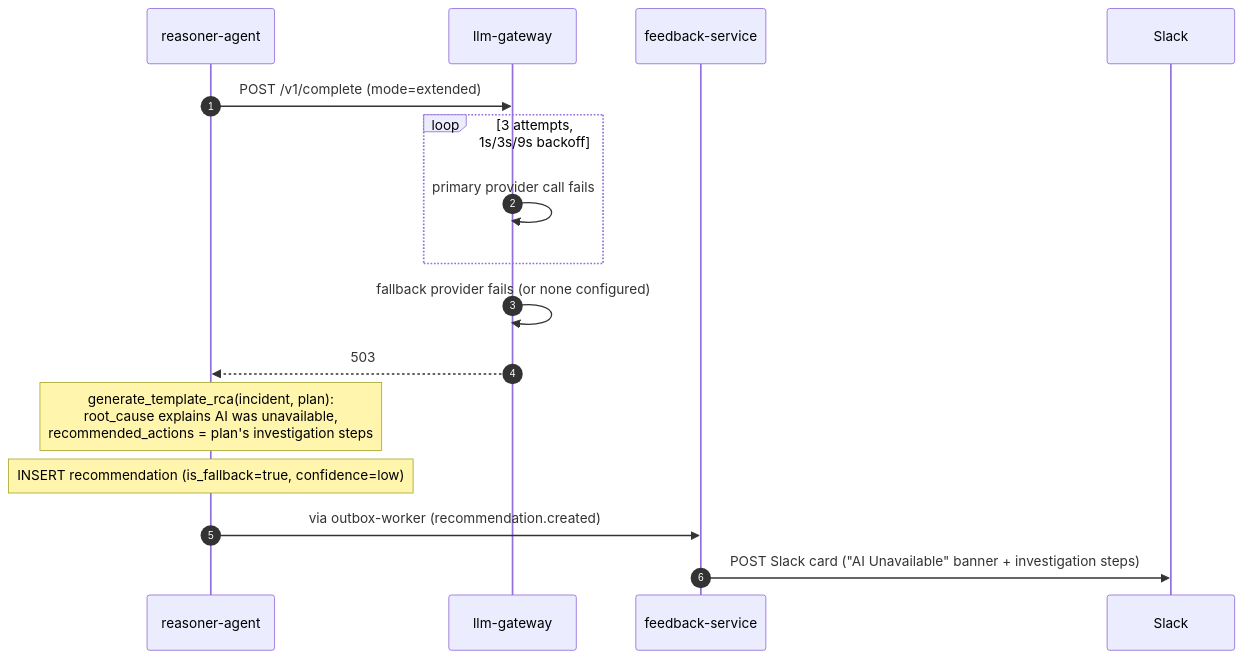
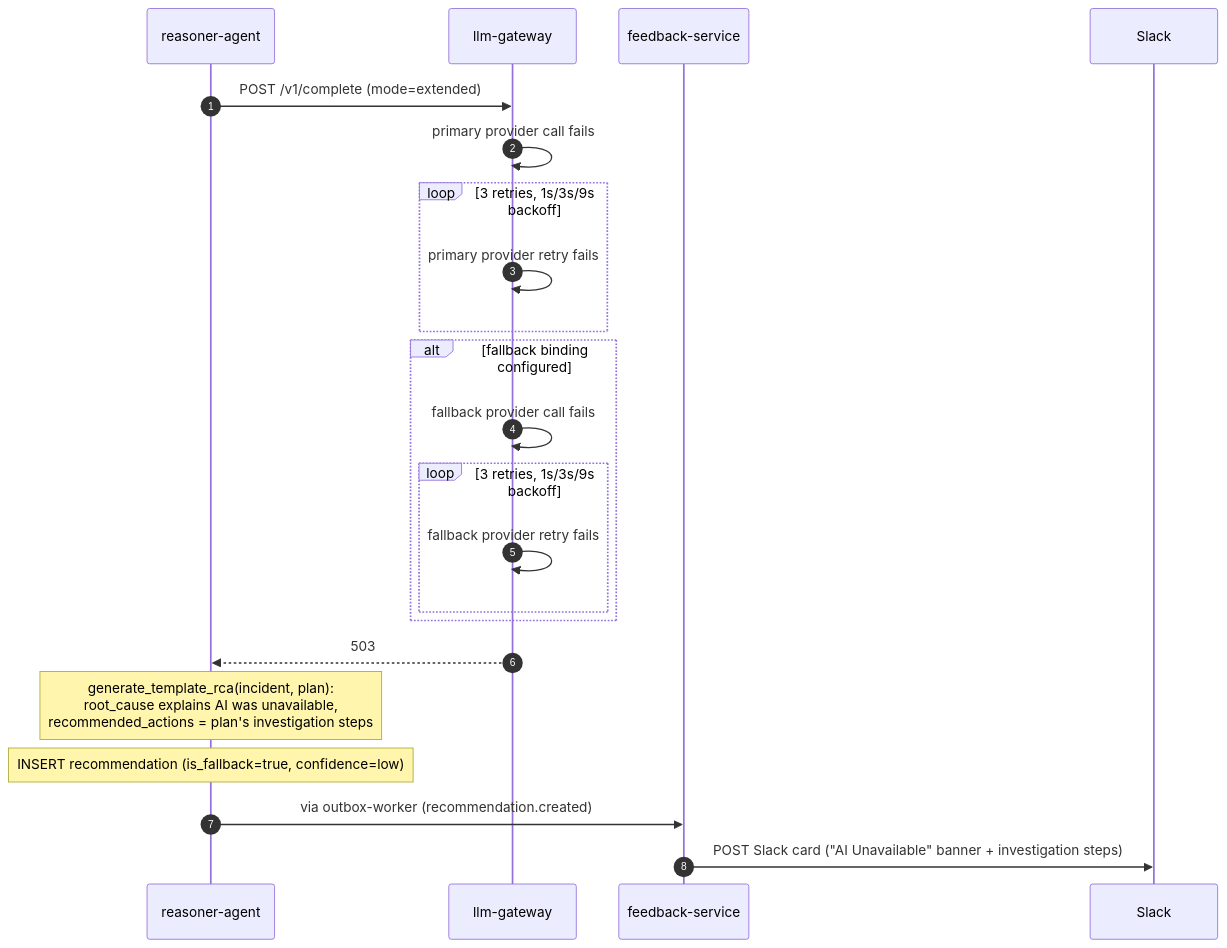
The third of 6 diagrams in docs/architecture/sequence-flows.md (k-kohli10/radar-system), drawn with Mermaid before and after one commit. The commit also changed other lines of this file and 3 other files, not shown here.

Commit message:
fix(docs): correct architecture diagrams, drop internal phase refs, fix pipeline accuracy and a render-breaking note

````diff
--- a/docs/architecture/sequence-flows.md
+++ b/docs/architecture/sequence-flows.md
@@ -143,19 +143,25 @@
 ```mermaid
 sequenceDiagram
     autonumber
     participant reasoner as reasoner-agent
     participant llm as llm-gateway
     participant feedback as feedback-service
     participant Slack
 
     reasoner->>llm: POST /v1/complete (mode=extended)
-    loop 3 attempts, 1s/3s/9s backoff
-        llm->>llm: primary provider call fails
+    llm->>llm: primary provider call fails
+    loop 3 retries, 1s/3s/9s backoff
+        llm->>llm: primary provider retry fails
     end
-    llm->>llm: fallback provider fails (or none configured)
+    alt fallback binding configured
+        llm->>llm: fallback provider call fails
+        loop 3 retries, 1s/3s/9s backoff
+            llm->>llm: fallback provider retry fails
+        end
+    end
     llm-->>reasoner: 503
     Note over reasoner: generate_template_rca(incident, plan):<br/>root_cause explains AI was unavailable,<br/>recommended_actions = plan's investigation steps
     Note over reasoner: INSERT recommendation (is_fallback=true, confidence=low)
     reasoner->>feedback: via outbox-worker (recommendation.created)
     feedback->>Slack: POST Slack card ("AI Unavailable" banner + investigation steps)
 ```
````
